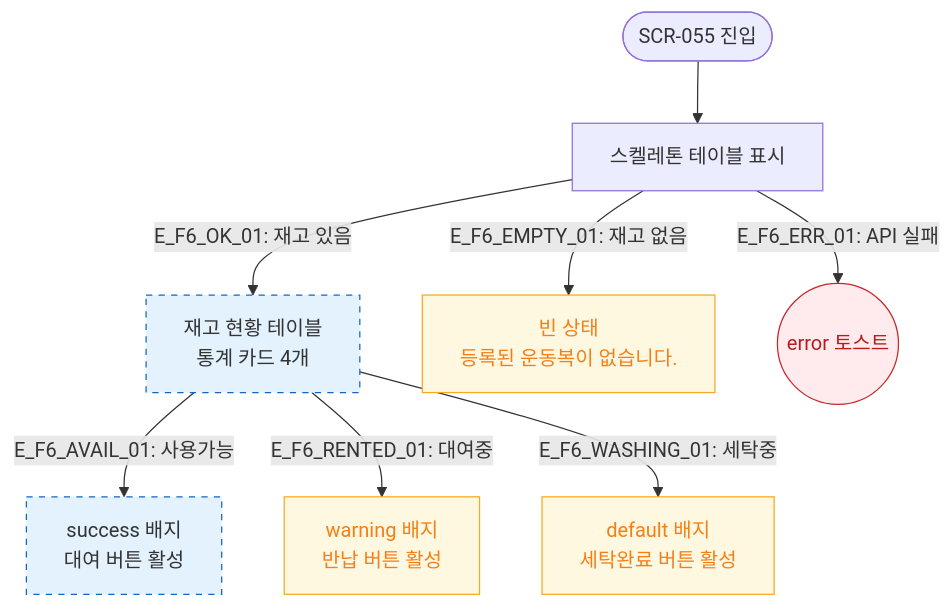
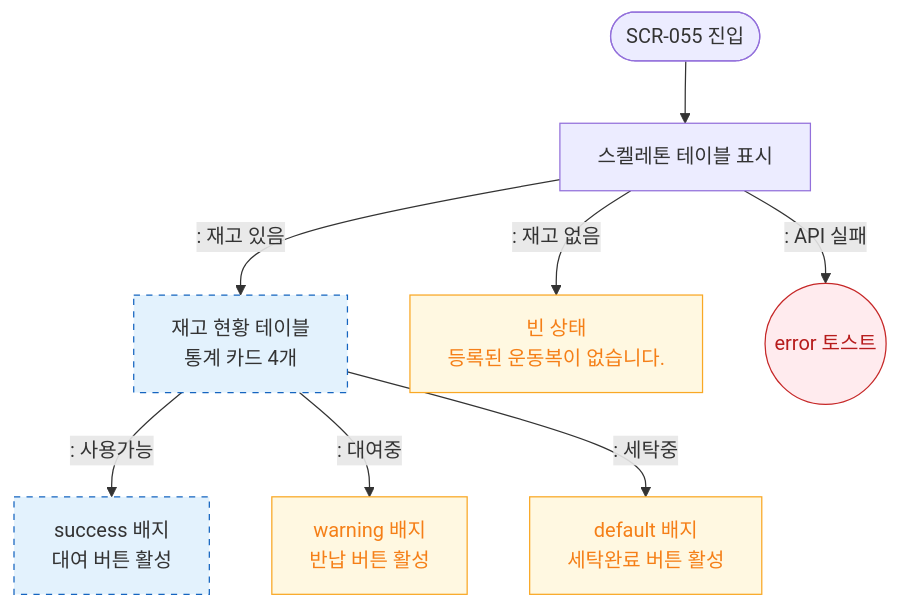
One commit to dev-spogym/admin-pando changed the diagram in docs/다이어그램/D06_시설관리/SCR-055_운동복관리/F6_상태별.md. Above: the diagram before and after it, drawn with Mermaid. The commit also changed other lines of this file and 1660 other files, not shown here.

First line of the commit message:
다이어그램: 기획자/클라이언트 납품본으로 정리

````diff
--- a/docs/다이어그램/D06_시설관리/SCR-055_운동복관리/F6_상태별.md
+++ b/docs/다이어그램/D06_시설관리/SCR-055_운동복관리/F6_상태별.md
@@ -16,18 +14,18 @@
 ```mermaid
 flowchart TD
     ENTER([SCR-055 진입]) --> Loading[스켈레톤 테이블 표시]
-    Loading -->|"E_F6_OK_01: 재고 있음"| StateNormal[재고 현황 테이블\n통계 카드 4개]
-    Loading -->|"E_F6_EMPTY_01: 재고 없음"| StateEmpty[빈 상태\n등록된 운동복이 없습니다.]
-    Loading -->|"E_F6_ERR_01: API 실패"| StateErr((error 토스트))
+    Loading -->|": 재고 있음"|StateNormal[재고 현황 테이블\n통계 카드 4개]
+    Loading -->|": 재고 없음"|StateEmpty[빈 상태\n등록된 운동복이 없습니다.]
+    Loading -->|": API 실패"|StateErr((error 토스트))
 
-    StateNormal -->|"E_F6_AVAIL_01: 사용가능"| AvailRow[success 배지\n대여 버튼 활성]
-    StateNormal -->|"E_F6_RENTED_01: 대여중"| RentedRow[warning 배지\n반납 버튼 활성]
-    StateNormal -->|"E_F6_WASHING_01: 세탁중"| WashRow[default 배지\n세탁완료 버튼 활성]
+    StateNormal -->|": 사용가능"|AvailRow[success 배지\n대여 버튼 활성]
+    StateNormal -->|": 대여중"|RentedRow[warning 배지\n반납 버튼 활성]
+    StateNormal -->|": 세탁중"|WashRow[default 배지\n세탁완료 버튼 활성]
 
     classDef screen fill:#E3F2FD,stroke:#1565C0,stroke-dasharray:5 5
     classDef warning fill:#FFF8E1,stroke:#F9A825,color:#F57F17
     classDef error fill:#FFEBEE,stroke:#C62828,color:#B71C1C
     class StateNormal,AvailRow screen
     class StateEmpty,RentedRow,WashRow warning
     class StateErr error
 ```
````
